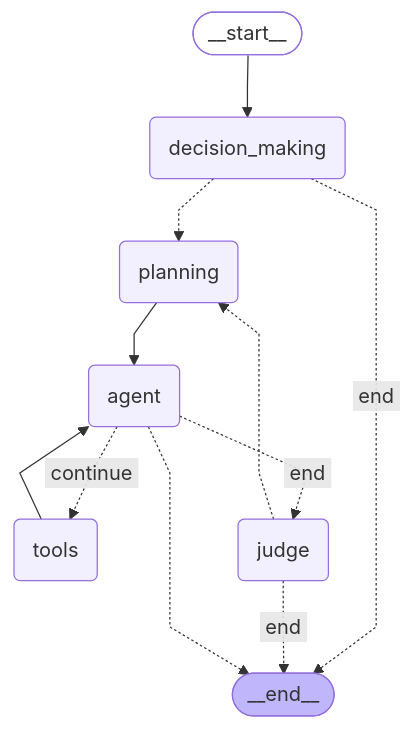
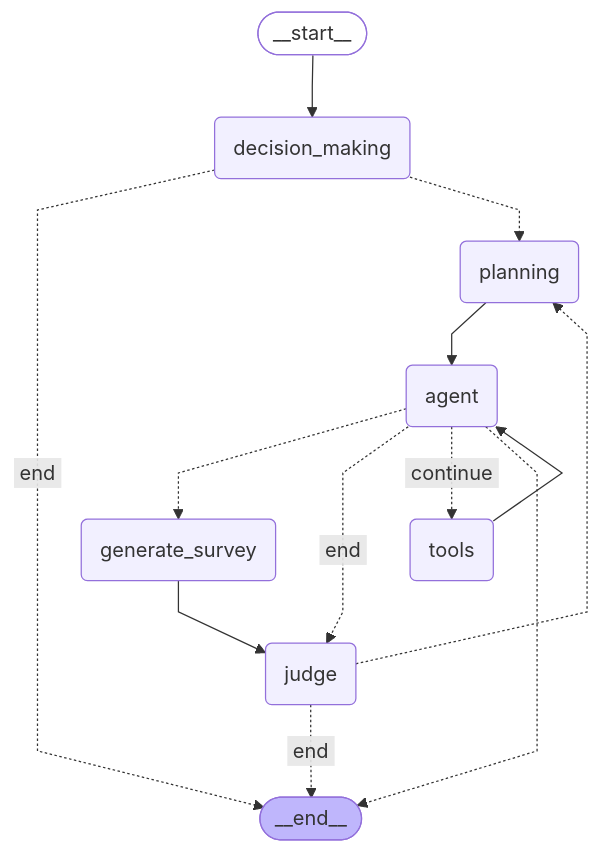
Before and after one commit to CodeDriverTech/AICourse: the diagram in llm-projects/Intermediate/00_paper_survey_agent/graph_visualization.mmd, drawn with Mermaid. The commit also changed 7 other files, not shown here.

```diff
--- a/llm-projects/Intermediate/00_paper_survey_agent/graph_visualization.mmd
+++ b/llm-projects/Intermediate/00_paper_survey_agent/graph_visualization.mmd
@@ -1,26 +1,29 @@
 ---
 config:
   flowchart:
     curve: linear
 ---
 graph TD;
 	__start__([<p>__start__</p>]):::first
 	decision_making(decision_making)
 	planning(planning)
 	tools(tools)
 	agent(agent)
 	judge(judge)
+	generate_survey(generate_survey)
 	__end__([<p>__end__</p>]):::last
 	__start__ --> decision_making;
+	agent -.-> generate_survey;
 	agent -. &nbsp;end&nbsp; .-> judge;
 	agent -. &nbsp;continue&nbsp; .-> tools;
 	decision_making -. &nbsp;end&nbsp; .-> __end__;
 	decision_making -.-> planning;
+	generate_survey --> judge;
 	judge -. &nbsp;end&nbsp; .-> __end__;
 	judge -.-> planning;
 	planning --> agent;
 	tools --> agent;
 	agent -.-> __end__;
 	classDef default fill:#f2f0ff,line-height:1.2
 	classDef first fill-opacity:0
 	classDef last fill:#bfb6fc
```
